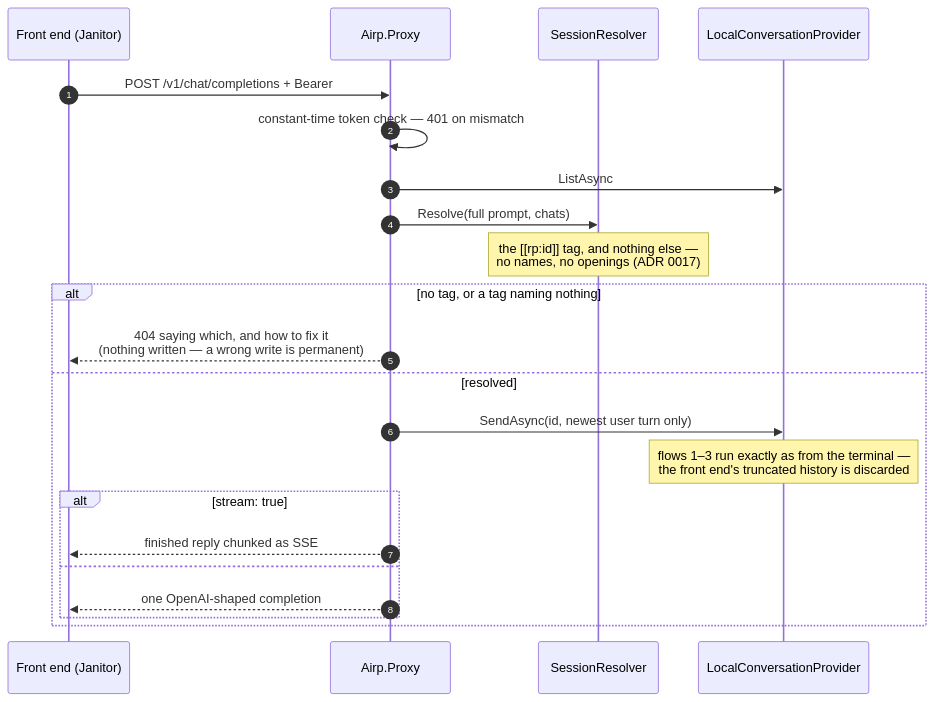
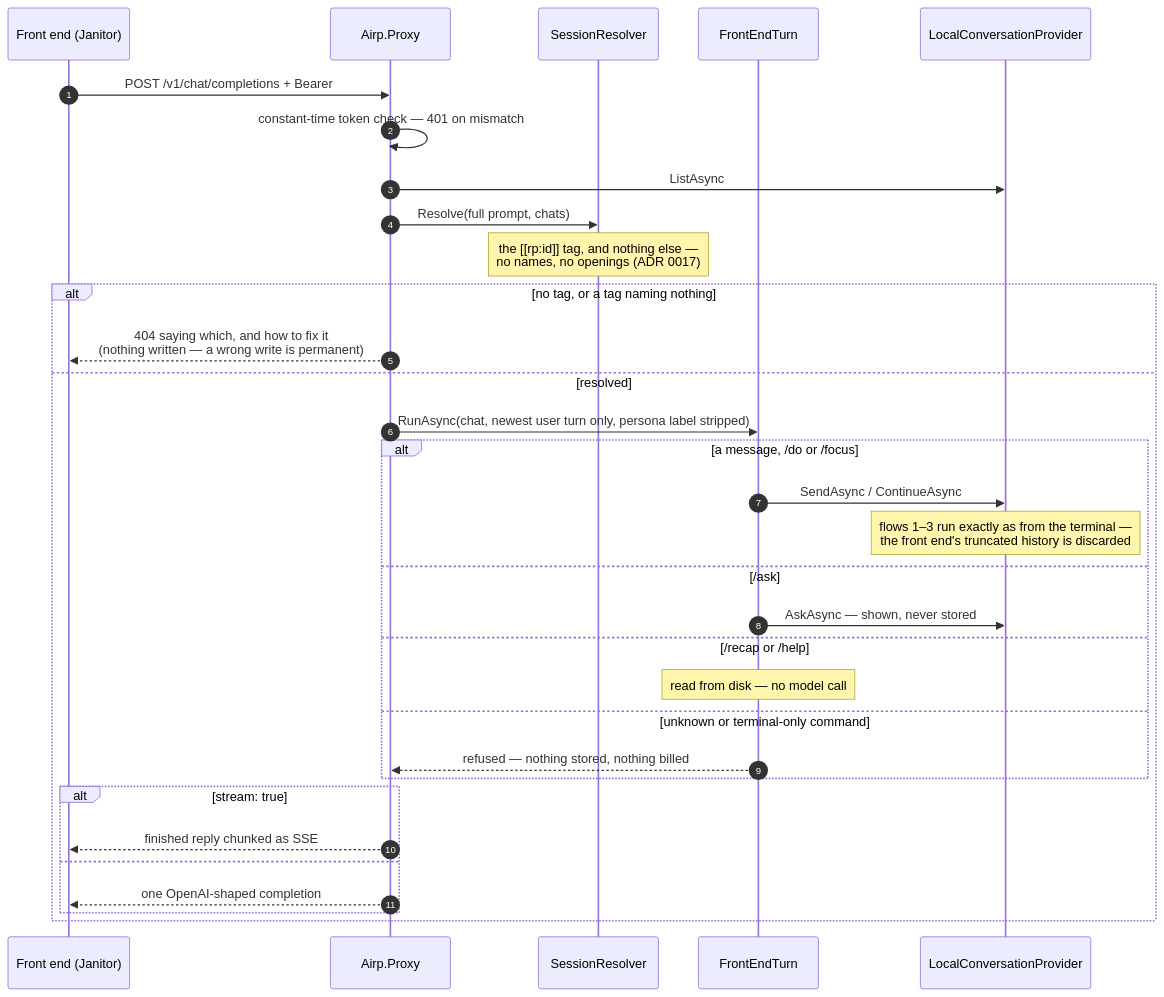
The seventh of 10 diagrams in docs/FLOWS.md (argamboad/custom-airp), drawn with Mermaid before and after one commit. The commit also changed other lines of this file and 6 other files, not shown here.

````diff
--- a/docs/FLOWS.md
+++ b/docs/FLOWS.md
@@ -227,25 +227,35 @@
 ```mermaid
 sequenceDiagram
     autonumber
     participant J as Front end (Janitor)
     participant PX as Airp.Proxy
     participant SR as SessionResolver
+    participant FT as FrontEndTurn
     participant P as LocalConversationProvider
 
     J->>PX: POST /v1/chat/completions + Bearer
     PX->>PX: constant-time token check — 401 on mismatch
     PX->>P: ListAsync
     PX->>SR: Resolve(full prompt, chats)
     Note over SR: the [[rp:id]] tag, and nothing else —<br/>no names, no openings (ADR 0017)
     alt no tag, or a tag naming nothing
         PX-->>J: 404 saying which, and how to fix it<br/>(nothing written — a wrong write is permanent)
     else resolved
-        PX->>P: SendAsync(id, newest user turn only)
-        Note over P: flows 1–3 run exactly as from the terminal —<br/>the front end's truncated history is discarded
+        PX->>FT: RunAsync(chat, newest user turn only, persona label stripped)
+        alt a message, /do or /focus
+            FT->>P: SendAsync / ContinueAsync
+            Note over P: flows 1–3 run exactly as from the terminal —<br/>the front end's truncated history is discarded
+        else /ask
+            FT->>P: AskAsync — shown, never stored
+        else /recap or /help
+            Note over FT: read from disk — no model call
+        else unknown or terminal-only command
+            FT-->>PX: refused — nothing stored, nothing billed
+        end
         alt stream: true
             PX-->>J: finished reply chunked as SSE
         else
             PX-->>J: one OpenAI-shaped completion
         end
     end
 ```
````
